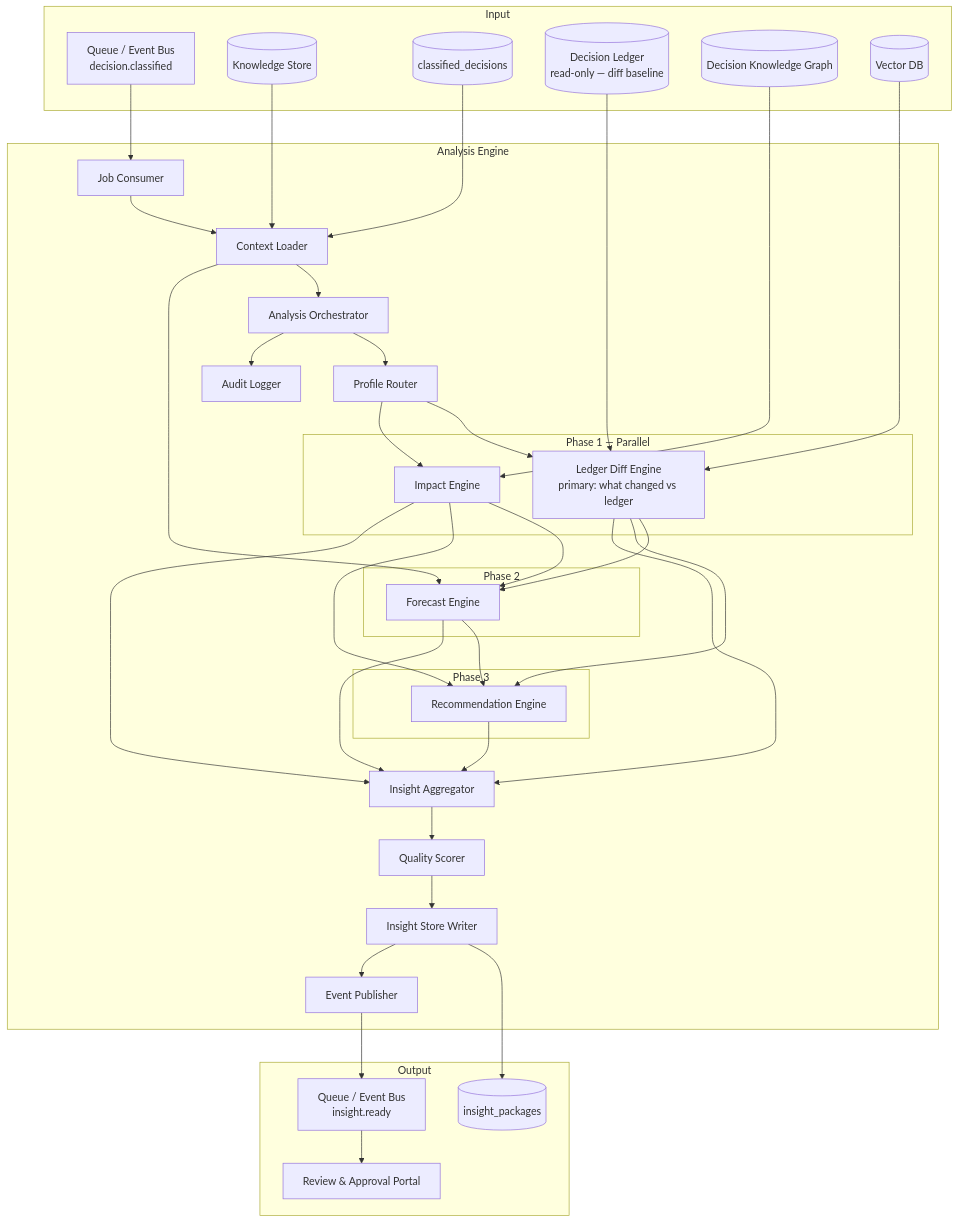
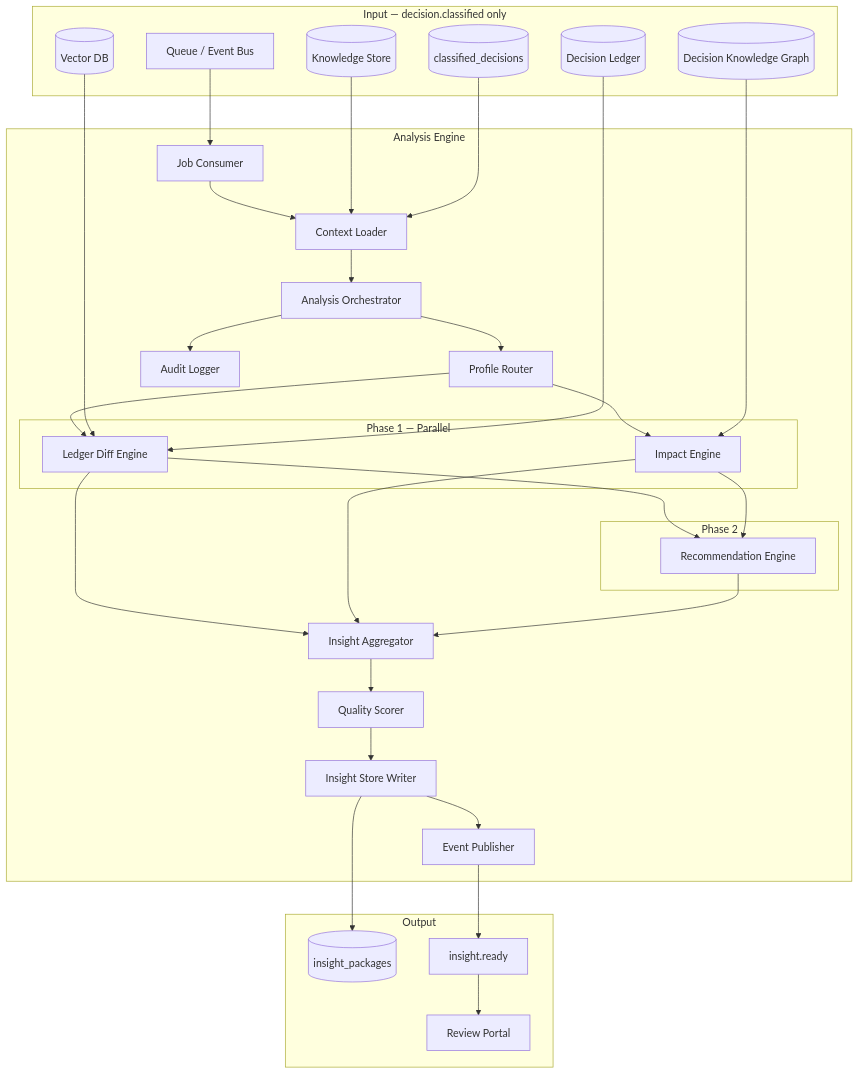
The diagram in architecture/modules/05-analysis-engine/diagrams/analysis-orchestration.mmd (andrewngo31798/document-ledger), drawn with Mermaid before and after one commit. The commit also changed 44 other files, not shown here.

First line of the commit message:
Make Forecast Engine a standalone discussion-path module with dual-path demo.

```diff
--- a/architecture/modules/05-analysis-engine/diagrams/analysis-orchestration.mmd
+++ b/architecture/modules/05-analysis-engine/diagrams/analysis-orchestration.mmd
@@ -1,75 +1,65 @@
 flowchart TB
-    subgraph input [Input]
-        queueIn["Queue / Event Bus<br/>decision.classified"]
+    subgraph input [Input — decision.classified only]
+        queueIn["Queue / Event Bus"]
         knowledgeStore[(Knowledge Store)]
         classStore[(classified_decisions)]
-        ledgerStore[(Decision Ledger<br/>read-only — diff baseline)]
+        ledgerStore[(Decision Ledger)]
         graphStore[(Decision Knowledge Graph)]
         vectorStore[(Vector DB)]
     end
 
     subgraph ae [Analysis Engine]
         consumer[Job Consumer]
         loader[Context Loader]
         orchestrator[Analysis Orchestrator]
         router[Profile Router]
 
         subgraph phase1 [Phase 1 — Parallel]
-            ledgerDiff["Ledger Diff Engine<br/>primary: what changed vs ledger"]
+            ledgerDiff[Ledger Diff Engine]
             impact[Impact Engine]
         end
 
         subgraph phase2 [Phase 2]
-            forecast[Forecast Engine]
-        end
-
-        subgraph phase3 [Phase 3]
             recommend[Recommendation Engine]
         end
 
         aggregator[Insight Aggregator]
         quality[Quality Scorer]
         writer[Insight Store Writer]
         publisher[Event Publisher]
         audit[Audit Logger]
     end
 
     subgraph output [Output]
         insightStore[(insight_packages)]
-        queueOut["Queue / Event Bus<br/>insight.ready"]
-        review[Review & Approval Portal]
+        queueOut["insight.ready"]
+        review[Review Portal]
     end
 
     queueIn --> consumer
     consumer --> loader
     knowledgeStore --> loader
     classStore --> loader
     loader --> orchestrator
     orchestrator --> router
 
     router --> ledgerDiff
     router --> impact
     graphStore --> impact
     vectorStore --> ledgerDiff
     ledgerStore --> ledgerDiff
 
-    ledgerDiff --> forecast
-    impact --> forecast
-    loader --> forecast
-
     ledgerDiff --> recommend
     impact --> recommend
-    forecast --> recommend
 
     ledgerDiff --> aggregator
     impact --> aggregator
-    forecast --> aggregator
     recommend --> aggregator
 
     aggregator --> quality
     quality --> writer
     writer --> insightStore
     writer --> publisher
     publisher --> queueOut
     queueOut --> review
     orchestrator --> audit
```
